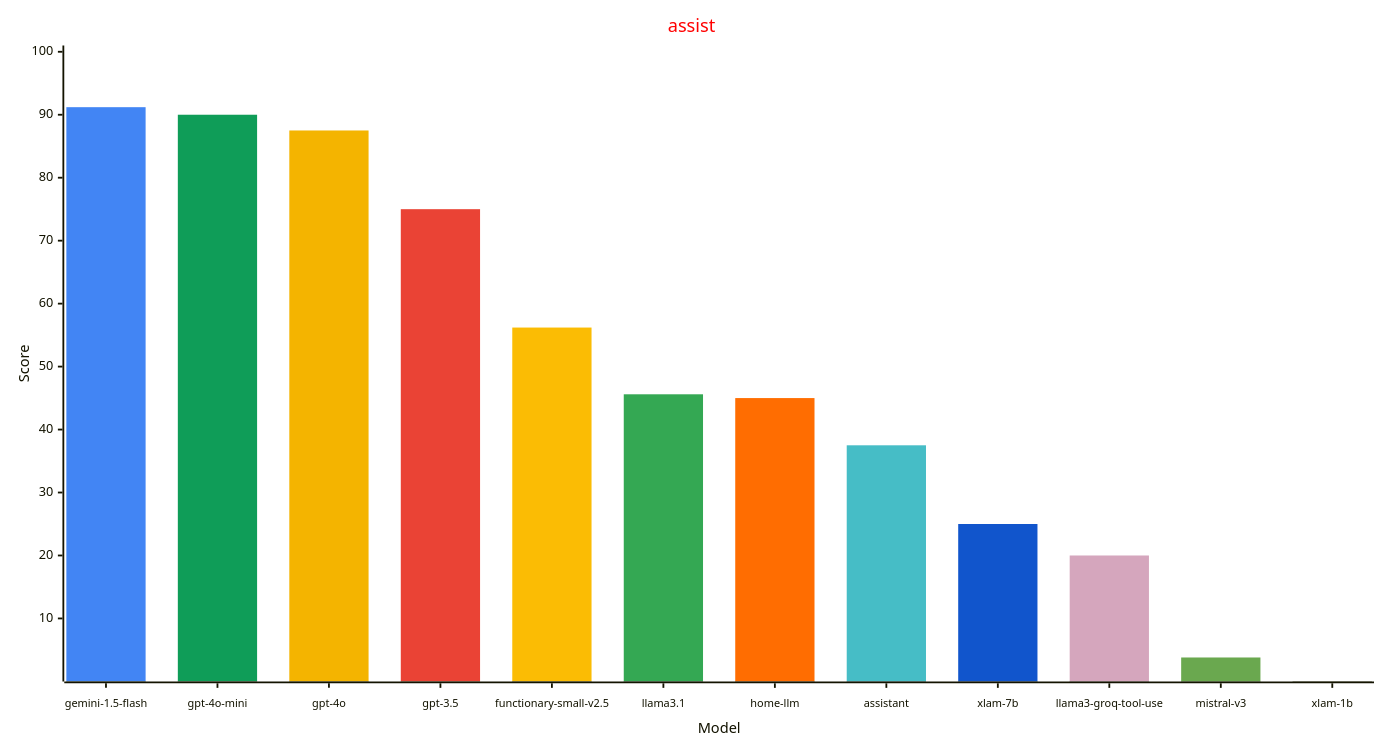
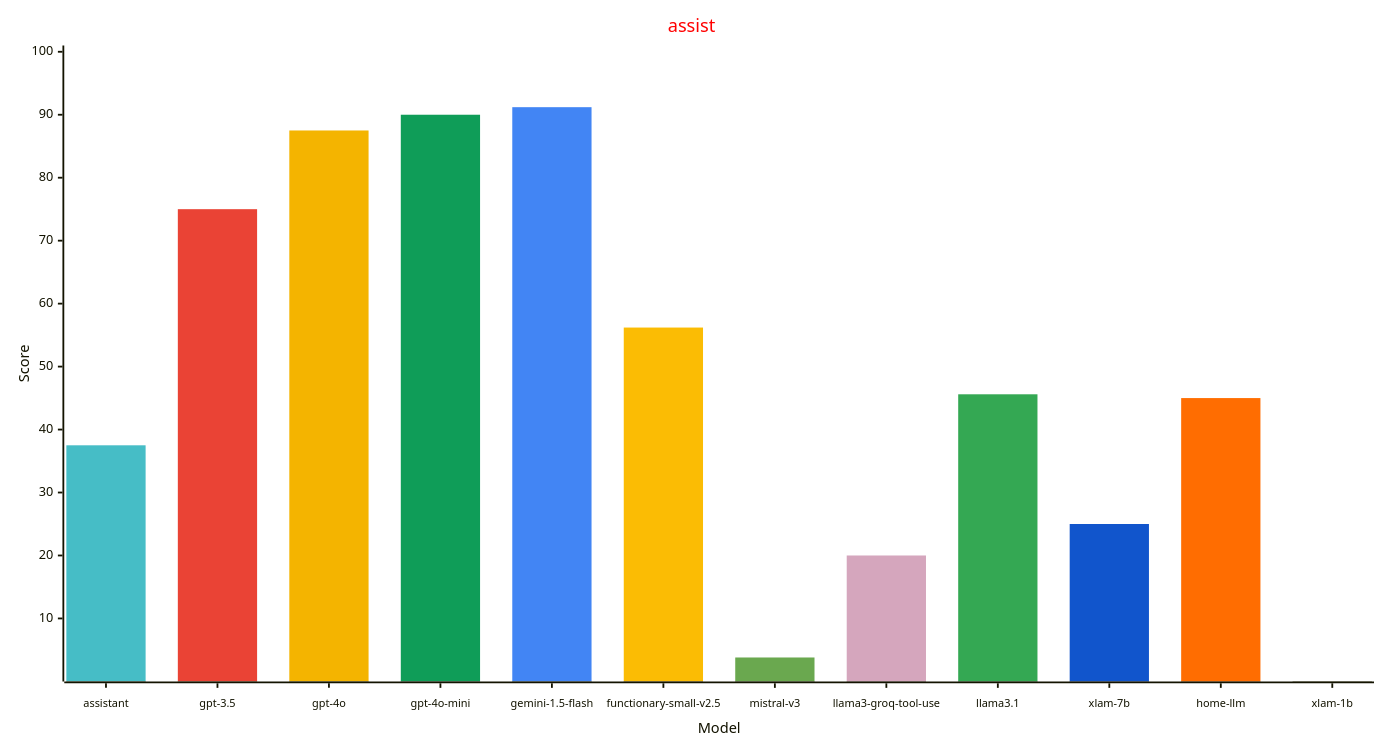
One commit to allenporter/home-assistant-datasets changed the first of 3 diagrams in reports/leaderboard.md. Above: the diagram before and after it, drawn with Mermaid. The commit also changed other lines of this file and 3 other files, not shown here.

````diff
--- a/reports/leaderboard.md
+++ b/reports/leaderboard.md
@@ -15,32 +15,32 @@
 ```mermaid
 ---
 config:
     xyChart:
         width: 1500
         height: 800
         xAxis:
           labelFontSize: 12
           labelPadding: 8
     themeVariables:
         xyChart:
             titleColor: "#ff0000"
-            plotColorPalette: "#4285f4, #0f9d58, #f4b400, #ea4335, #fbbc04, #34a853, #ff6d01, #46bdc6, #1155cc, #d5a6bd, #6aa84f, #674ea7"
+            plotColorPalette: "#46bdc6, #ea4335, #f4b400, #0f9d58, #4285f4, #fbbc04, #6aa84f, #d5a6bd, #34a853, #1155cc, #ff6d01, #674ea7"
 
 ---
 xychart-beta
   title "assist"
-  x-axis "Model" [gemini-1.5-flash, gpt-4o-mini, gpt-4o, gpt-3.5, functionary-small-v2.5, llama3.1, home-llm, assistant, xlam-7b, llama3-groq-tool-use, mistral-v3, xlam-1b]
+  x-axis "Model" [assistant, gpt-3.5, gpt-4o, gpt-4o-mini, gemini-1.5-flash, functionary-small-v2.5, mistral-v3, llama3-groq-tool-use, llama3.1, xlam-7b, home-llm, xlam-1b]
   y-axis "Score" 1 --> 100
-  bar [91.2, 0.0, 0.0, 0.0, 0.0, 0.0, 0.0, 0.0, 0.0, 0.0, 0.0, 0.0]
-  bar [0.0, 90.0, 0.0, 0.0, 0.0, 0.0, 0.0, 0.0, 0.0, 0.0, 0.0, 0.0]
+  bar [37.5, 0.0, 0.0, 0.0, 0.0, 0.0, 0.0, 0.0, 0.0, 0.0, 0.0, 0.0]
+  bar [0.0, 75.0, 0.0, 0.0, 0.0, 0.0, 0.0, 0.0, 0.0, 0.0, 0.0, 0.0]
   bar [0.0, 0.0, 87.5, 0.0, 0.0, 0.0, 0.0, 0.0, 0.0, 0.0, 0.0, 0.0]
-  bar [0.0, 0.0, 0.0, 75.0, 0.0, 0.0, 0.0, 0.0, 0.0, 0.0, 0.0, 0.0]
-  bar [0.0, 0.0, 0.0, 0.0, 56.2, 0.0, 0.0, 0.0, 0.0, 0.0, 0.0, 0.0]
-  bar [0.0, 0.0, 0.0, 0.0, 0.0, 45.6, 0.0, 0.0, 0.0, 0.0, 0.0, 0.0]
-  bar [0.0, 0.0, 0.0, 0.0, 0.0, 0.0, 45.0, 0.0, 0.0, 0.0, 0.0, 0.0]
-  bar [0.0, 0.0, 0.0, 0.0, 0.0, 0.0, 0.0, 37.5, 0.0, 0.0, 0.0, 0.0]
-  bar [0.0, 0.0, 0.0, 0.0, 0.0, 0.0, 0.0, 0.0, 25.0, 0.0, 0.0, 0.0]
-  bar [0.0, 0.0, 0.0, 0.0, 0.0, 0.0, 0.0, 0.0, 0.0, 20.0, 0.0, 0.0]
-  bar [0.0, 0.0, 0.0, 0.0, 0.0, 0.0, 0.0, 0.0, 0.0, 0.0, 3.8, 0.0]
+  bar [0.0, 0.0, 0.0, 90.0, 0.0, 0.0, 0.0, 0.0, 0.0, 0.0, 0.0, 0.0]
+  bar [0.0, 0.0, 0.0, 0.0, 91.2, 0.0, 0.0, 0.0, 0.0, 0.0, 0.0, 0.0]
+  bar [0.0, 0.0, 0.0, 0.0, 0.0, 56.2, 0.0, 0.0, 0.0, 0.0, 0.0, 0.0]
+  bar [0.0, 0.0, 0.0, 0.0, 0.0, 0.0, 3.8, 0.0, 0.0, 0.0, 0.0, 0.0]
+  bar [0.0, 0.0, 0.0, 0.0, 0.0, 0.0, 0.0, 20.0, 0.0, 0.0, 0.0, 0.0]
+  bar [0.0, 0.0, 0.0, 0.0, 0.0, 0.0, 0.0, 0.0, 45.6, 0.0, 0.0, 0.0]
+  bar [0.0, 0.0, 0.0, 0.0, 0.0, 0.0, 0.0, 0.0, 0.0, 25.0, 0.0, 0.0]
+  bar [0.0, 0.0, 0.0, 0.0, 0.0, 0.0, 0.0, 0.0, 0.0, 0.0, 45.0, 0.0]
   bar [0.0, 0.0, 0.0, 0.0, 0.0, 0.0, 0.0, 0.0, 0.0, 0.0, 0.0, 0.0]
 ```
````
